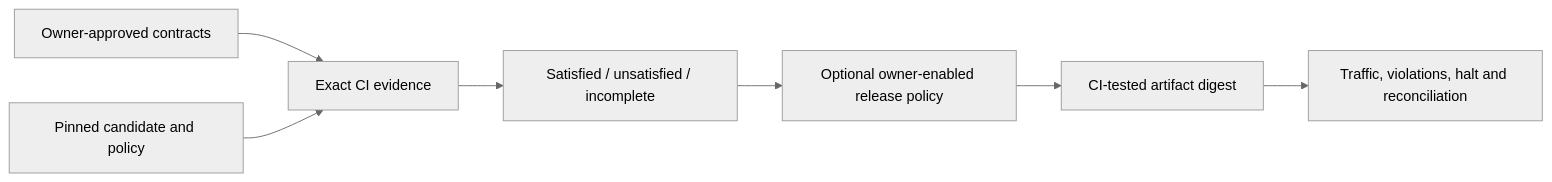
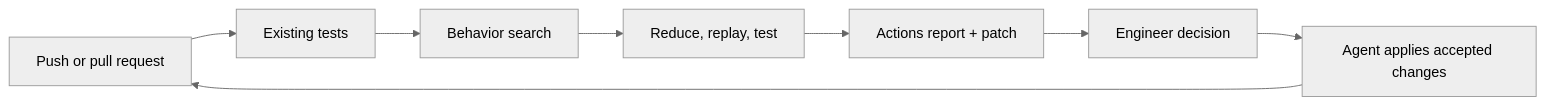
The diagram in README.md (alpercandemir/undertow), drawn with Mermaid (neutral theme) before and after one commit. The commit also changed other lines of this file and 363 other files, not shown here.

````diff
--- a/README.md
+++ b/README.md
@@ -15,9 +25,10 @@
 ```mermaid
 flowchart LR
-    Intent[Owner-approved contracts] --> Verify[Exact CI evidence]
-    Candidate[Pinned candidate and policy] --> Verify
-    Verify --> Result[Satisfied / unsatisfied / incomplete]
-    Result --> Gate[Optional owner-enabled release policy]
-    Gate --> Artifact[CI-tested artifact digest]
-    Artifact --> Observe[Traffic, violations, halt and reconciliation]
+    A[Push or pull request] --> B[Existing tests]
+    B --> C[Behavior search]
+    C --> D[Reduce, replay, test]
+    D --> E[Actions report + patch]
+    E --> F[Engineer decision]
+    F --> G[Agent applies accepted changes]
+    G --> A
 ```
````
